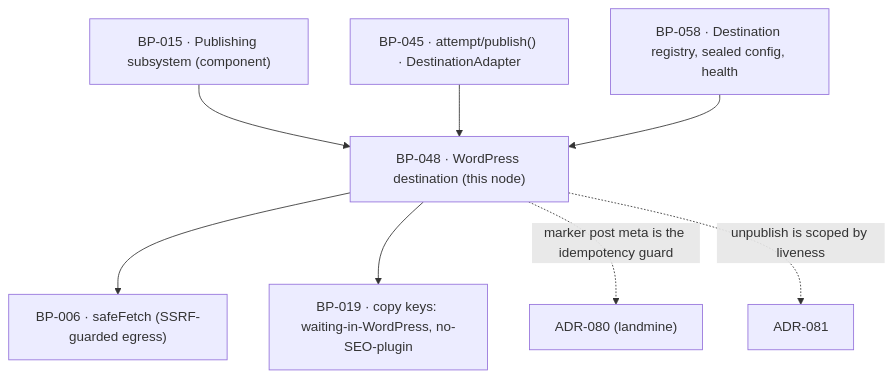
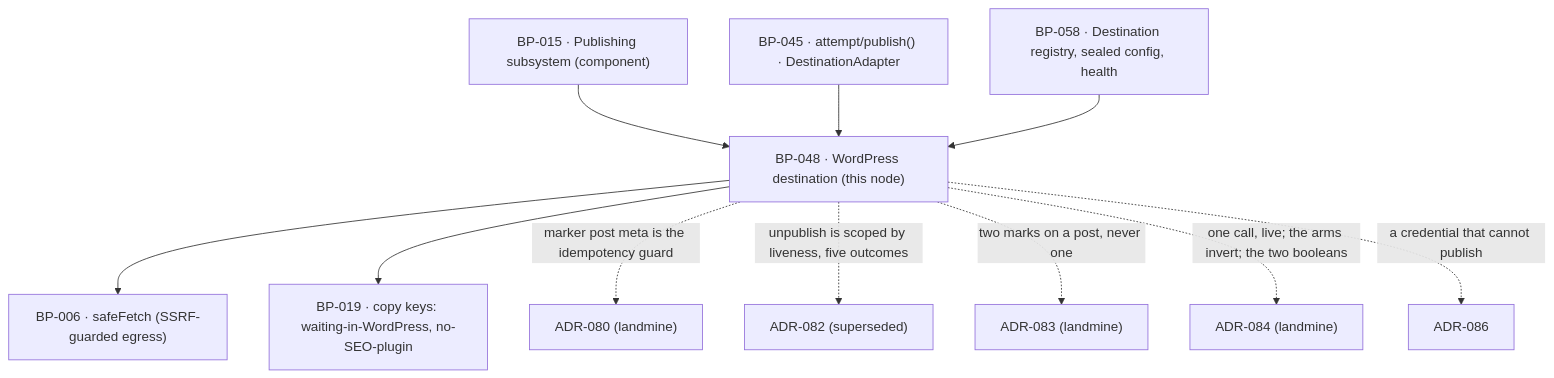
One commit to tim-clifford6991/reachkitv3 changed the diagram in sdlc-factory/docs/blueprints/BP-048.md. Above: the diagram before and after it, drawn with Mermaid. The commit also changed other lines of this file and 30 other files, not shown here.

First line of the commit message:
feat(blueprints): fold the publish-live rulings into the architecture

````diff
--- a/sdlc-factory/docs/blueprints/BP-048.md
+++ b/sdlc-factory/docs/blueprints/BP-048.md
@@ -50,11 +60,14 @@
 ```mermaid
 graph TD
   BP015["BP-015 · Publishing subsystem (component)"] --> BP048
   BP048["BP-048 · WordPress destination (this node)"]
   BP045["BP-045 · attempt/publish() · DestinationAdapter"] --> BP048
   BP058["BP-058 · Destination registry, sealed config, health"] --> BP048
   BP048 --> BP006["BP-006 · safeFetch (SSRF-guarded egress)"]
   BP048 --> BP019["BP-019 · copy keys: waiting-in-WordPress, no-SEO-plugin"]
   BP048 -.->|"marker post meta is the idempotency guard"| ADR080["ADR-080 (landmine)"]
-  BP048 -.->|"unpublish is scoped by liveness"| ADR081["ADR-081"]
+  BP048 -.->|"unpublish is scoped by liveness, five outcomes"| ADR082["ADR-082 (superseded)"]
+  BP048 -.->|"two marks on a post, never one"| ADR083["ADR-083 (landmine)"]
+  BP048 -.->|"one call, live; the arms invert; the two booleans"| ADR084["ADR-084 (landmine)"]
+  BP048 -.->|"a credential that cannot publish"| ADR086["ADR-086"]
 ```
````
